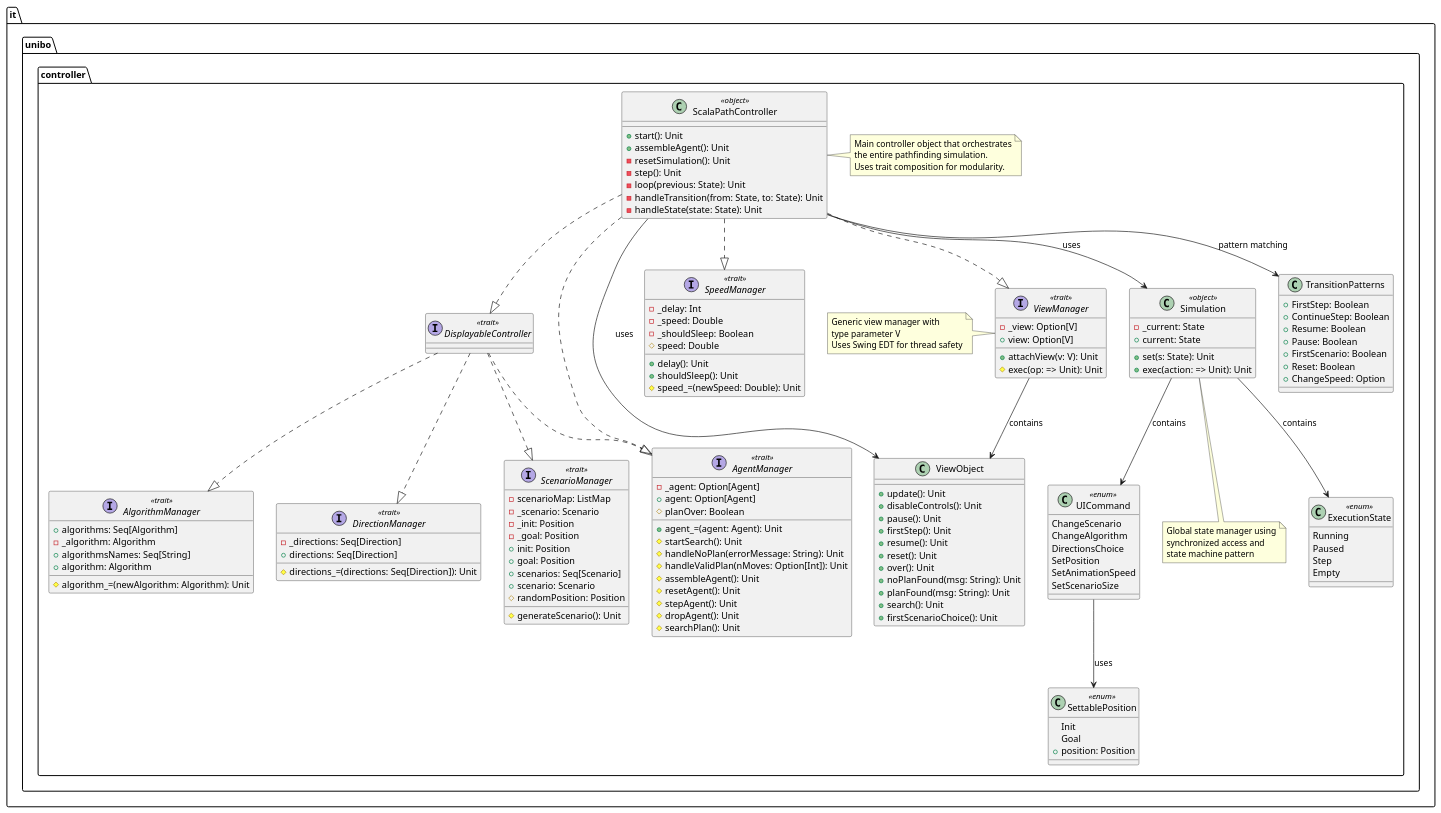
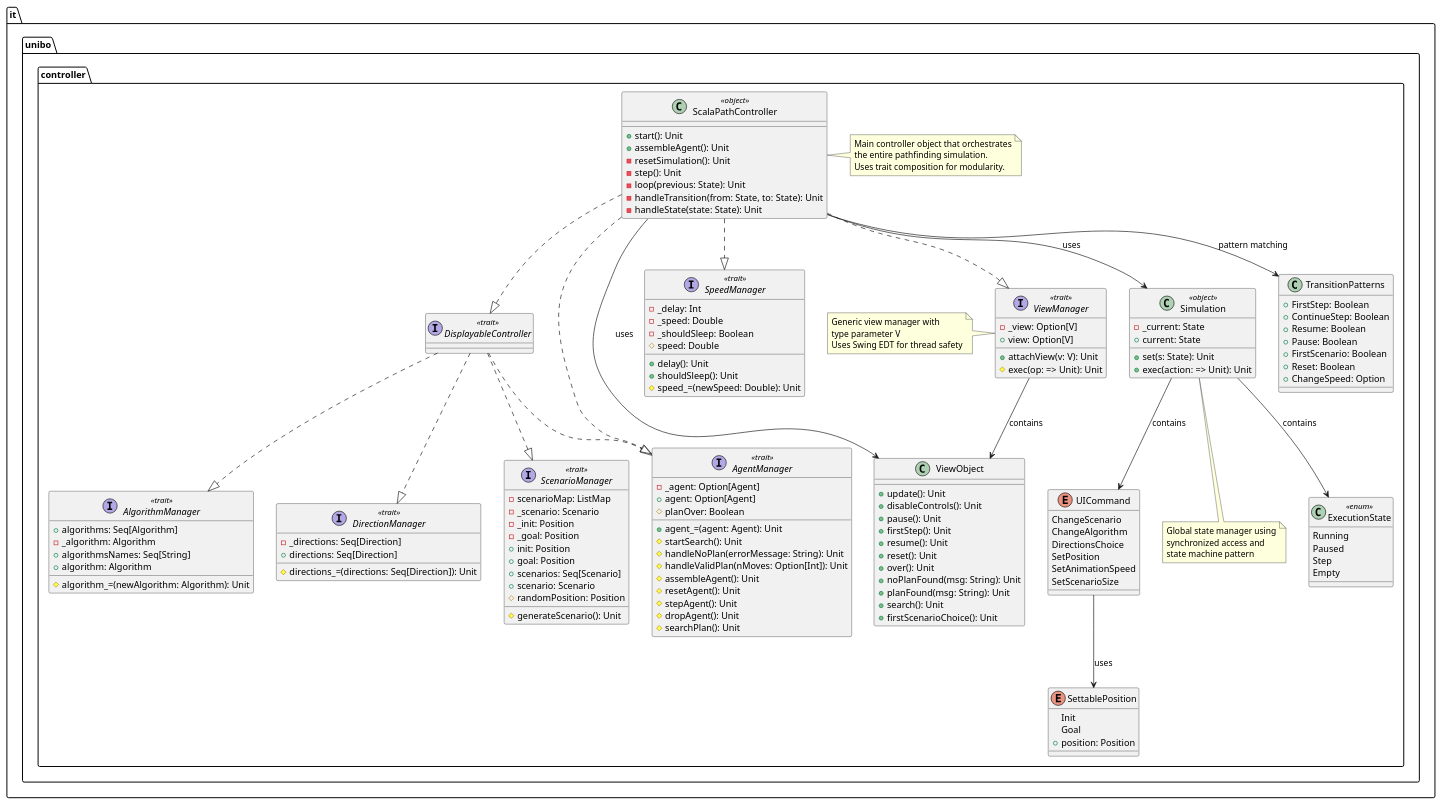
The diagram in complete-controller-package.puml (g-mainardi/PPS-24-scala-path), drawn with PlantUML before and after one commit. The commit also changed 1 other file, not shown here.

Commit message:
refactor for enum

```diff
--- a/complete-controller-package.puml
+++ b/complete-controller-package.puml
@@ -1,176 +1,176 @@
 @startuml ScalaPathController_Architecture
 package "it.unibo.controller" {
 
     ' Main Controller Object
     class ScalaPathController <<object>> {
         +start(): Unit
         +assembleAgent(): Unit
         -resetSimulation(): Unit
         -step(): Unit
         -loop(previous: State): Unit
         -handleTransition(from: State, to: State): Unit
         -handleState(state: State): Unit
     }
 
     ' Core Traits
     interface DisplayableController <<trait>> {
     }
 
     interface SpeedManager <<trait>> {
         -_delay: Int
         -_speed: Double
         -_shouldSleep: Boolean
         +delay(): Unit
         +shouldSleep(): Unit
         #speed: Double
         #speed_=(newSpeed: Double): Unit
     }
 
     interface AgentManager <<trait>> {
         -_agent: Option[Agent]
         +agent: Option[Agent]
         +agent_=(agent: Agent): Unit
         #startSearch(): Unit
         #handleNoPlan(errorMessage: String): Unit
         #handleValidPlan(nMoves: Option[Int]): Unit
         #assembleAgent(): Unit
         #planOver: Boolean
         #resetAgent(): Unit
         #stepAgent(): Unit
         #dropAgent(): Unit
         #searchPlan(): Unit
     }
 
     interface ViewManager <<trait>> {
         -_view: Option[V]
         +attachView(v: V): Unit
         #exec(op: => Unit): Unit
         +view: Option[V]
     }
 
     ' Nested Traits in DisplayableController
     interface ScenarioManager <<trait>> {
         -scenarioMap: ListMap
         -_scenario: Scenario
         -_init: Position
         -_goal: Position
         +init: Position
         +goal: Position
         +scenarios: Seq[Scenario]
         +scenario: Scenario
         #generateScenario(): Unit
         #randomPosition: Position
     }
 
     interface AlgorithmManager <<trait>> {
         +algorithms: Seq[Algorithm]
         -_algorithm: Algorithm
         +algorithmsNames: Seq[String]
         +algorithm: Algorithm
         #algorithm_=(newAlgorithm: Algorithm): Unit
     }
 
     interface DirectionManager <<trait>> {
         -_directions: Seq[Direction]
         +directions: Seq[Direction]
         #directions_=(directions: Seq[Direction]): Unit
     }
 
     ' Simulation Object
     class Simulation <<object>> {
         -_current: State
         +current: State
         +set(s: State): Unit
         +exec(action: => Unit): Unit
     }
 
     ' Simulation States and Commands
     class ExecutionState <<enum>> {
         Running
         Paused
         Step
         Empty
     }
 
-    class UICommand <<enum>> {
+    enum UICommand {
         ChangeScenario
         ChangeAlgorithm
         DirectionsChoice
         SetPosition
         SetAnimationSpeed
         SetScenarioSize
     }
 
-    class SettablePosition <<enum>> {
+    enum SettablePosition {
         Init
         Goal
         +position: Position
     }
 
     ' View Manager Inner Object
     class ViewObject {
         +update(): Unit
         +disableControls(): Unit
         +pause(): Unit
         +firstStep(): Unit
         +resume(): Unit
         +reset(): Unit
         +over(): Unit
         +noPlanFound(msg: String): Unit
         +planFound(msg: String): Unit
         +search(): Unit
         +firstScenarioChoice(): Unit
     }
 
     ' Pattern Matching Objects
     class TransitionPatterns {
         +FirstStep: Boolean
         +ContinueStep: Boolean
         +Resume: Boolean
         +Pause: Boolean
         +FirstScenario: Boolean
         +Reset: Boolean
         +ChangeSpeed: Option
     }
 
     ' Relationships
     ScalaPathController ..|> DisplayableController
     ScalaPathController ..|> SpeedManager
     ScalaPathController ..|> AgentManager
     ScalaPathController ..|> ViewManager
 
     DisplayableController ..|> ScenarioManager
     DisplayableController ..|> AlgorithmManager
     DisplayableController ..|> DirectionManager
     DisplayableController ..|> AgentManager
 
     ScalaPathController --> Simulation : uses
     Simulation --> ExecutionState : contains
     Simulation --> UICommand : contains
     UICommand --> SettablePosition : uses
 
     ViewManager --> ViewObject : contains
     ScalaPathController --> ViewObject : uses
     ScalaPathController --> TransitionPatterns : pattern matching
 
     ' Notes
     note right of ScalaPathController
         Main controller object that orchestrates
         the entire pathfinding simulation.
         Uses trait composition for modularity.
     end note
 
     note bottom of Simulation
         Global state manager using
         synchronized access and
         state machine pattern
     end note
 
     note left of ViewManager
         Generic view manager with
         type parameter V
         Uses Swing EDT for thread safety
     end note
 }
 
 @enduml
```
